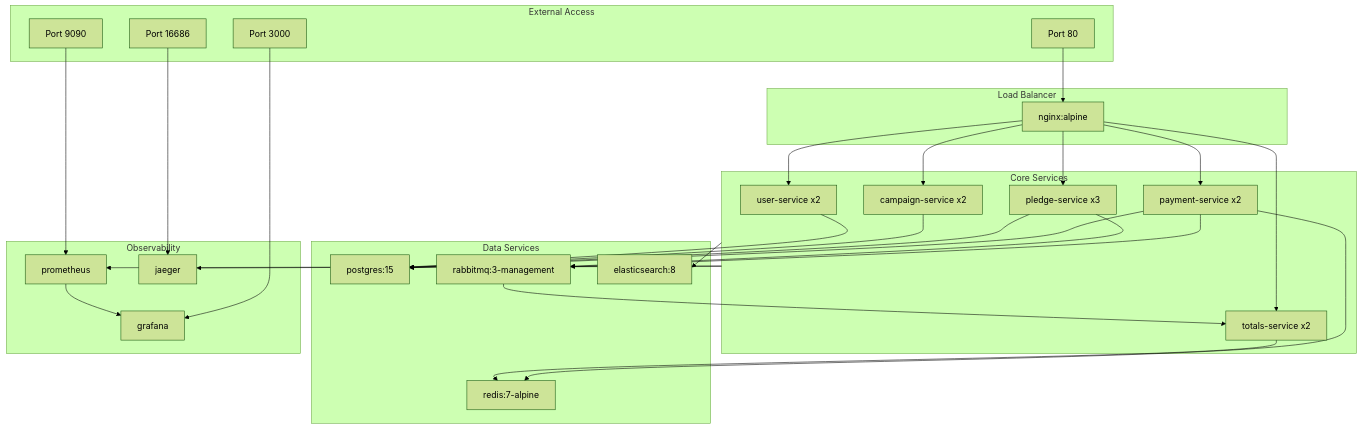
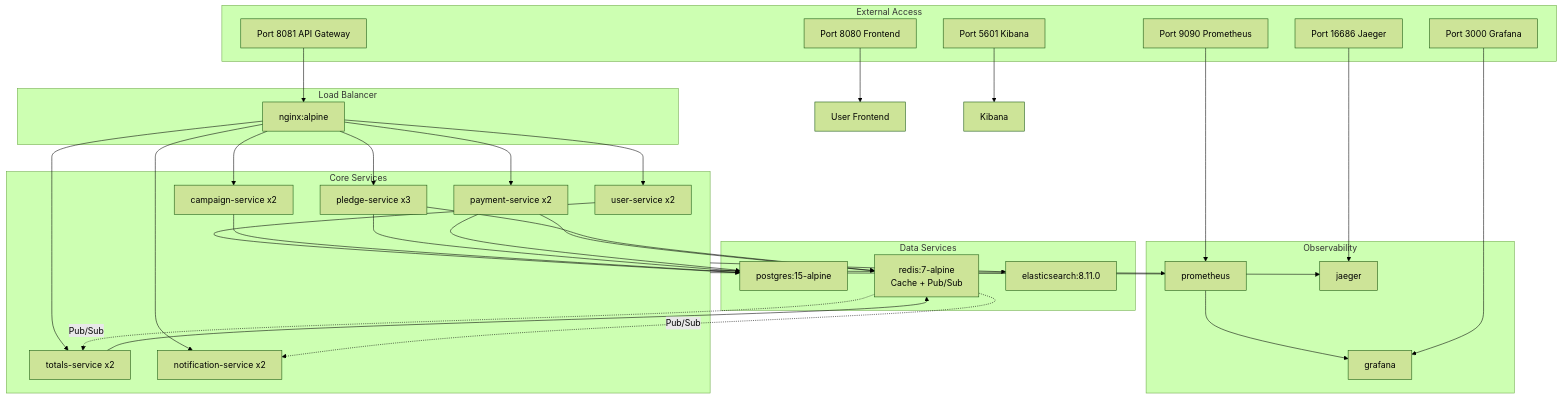
One commit to SM-Shaan/API_Hackathon_Innovatrix changed the tenth of 11 diagrams in docs/ARCHITECTURE_DIAGRAMS.md. Above: the diagram before and after it, drawn with Mermaid (forest theme). The commit also changed other lines of this file and 5 other files, not shown here.

First line of the commit message:
docs: add comprehensive architecture diagrams to README

````diff
--- a/docs/ARCHITECTURE_DIAGRAMS.md
+++ b/docs/ARCHITECTURE_DIAGRAMS.md
@@ -359,50 +359,53 @@
 ```mermaid
 flowchart TB
     subgraph External["External Access"]
-        P80[Port 80]
-        P3000[Port 3000]
-        P9090[Port 9090]
-        P16686[Port 16686]
+        P8080[Port 8080 Frontend]
+        P8081[Port 8081 API Gateway]
+        P3000[Port 3000 Grafana]
+        P9090[Port 9090 Prometheus]
+        P16686[Port 16686 Jaeger]
+        P5601[Port 5601 Kibana]
     end
 
     subgraph Gateway["Load Balancer"]
         NGINX[nginx:alpine]
     end
 
     subgraph Core["Core Services"]
         USER[user-service x2]
         CAMP[campaign-service x2]
         PLEDGE[pledge-service x3]
         PAY[payment-service x2]
         TOTAL[totals-service x2]
+        NOTIF[notification-service x2]
     end
 
     subgraph Data["Data Services"]
-        PG[postgres:15]
-        REDIS[redis:7-alpine]
-        RABBIT[rabbitmq:3-management]
-        ES[elasticsearch:8]
+        PG[postgres:15-alpine]
+        REDIS[redis:7-alpine<br/>Cache + Pub/Sub]
+        ES[elasticsearch:8.11.0]
     end
 
     subgraph Observe["Observability"]
         PROM[prometheus]
         GRAF[grafana]
         JAEGER[jaeger]
     end
 
-    P80 --> NGINX
-    NGINX --> USER & CAMP & PLEDGE & PAY & TOTAL
+    P8081 --> NGINX
+    P8080 --> FRONTEND[User Frontend]
+    NGINX --> USER & CAMP & PLEDGE & PAY & TOTAL & NOTIF
 
     USER & CAMP & PLEDGE & PAY --> PG
-    TOTAL & PAY --> REDIS
-    PLEDGE & PAY --> RABBIT
-    RABBIT --> TOTAL
+    TOTAL & PAY & PLEDGE --> REDIS
+    REDIS -.->|Pub/Sub| TOTAL & NOTIF
 
     Core --> PROM --> GRAF
     Core --> JAEGER
     Core --> ES
 
     P3000 --> GRAF
     P9090 --> PROM
     P16686 --> JAEGER
+    P5601 --> KIB[Kibana]
 ```
````
